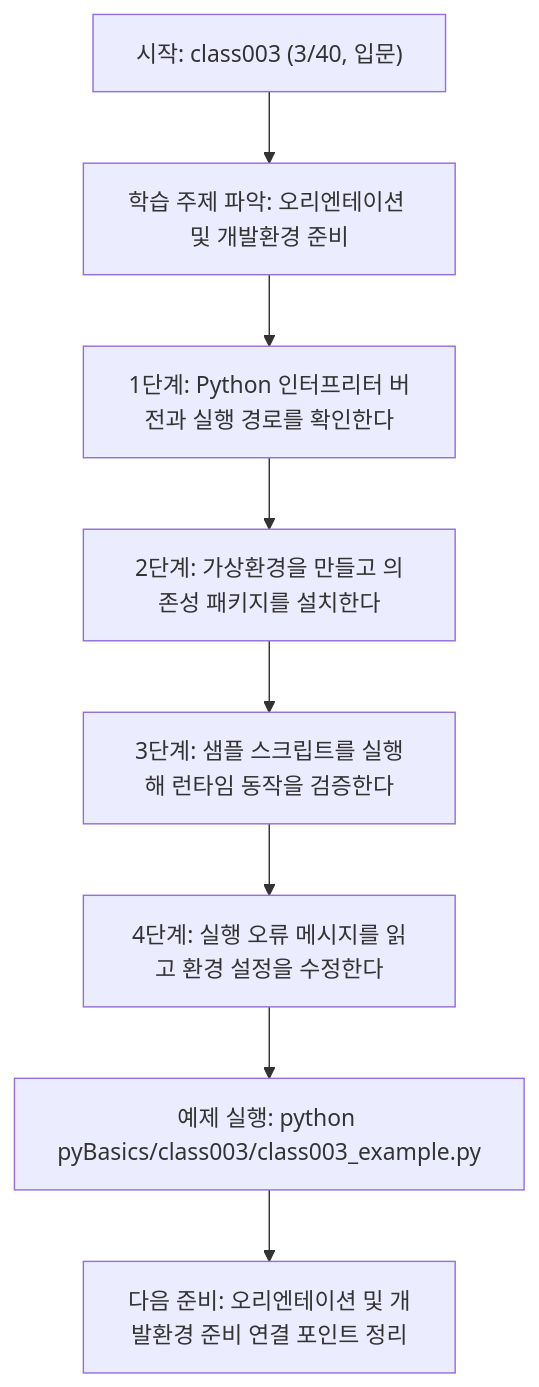
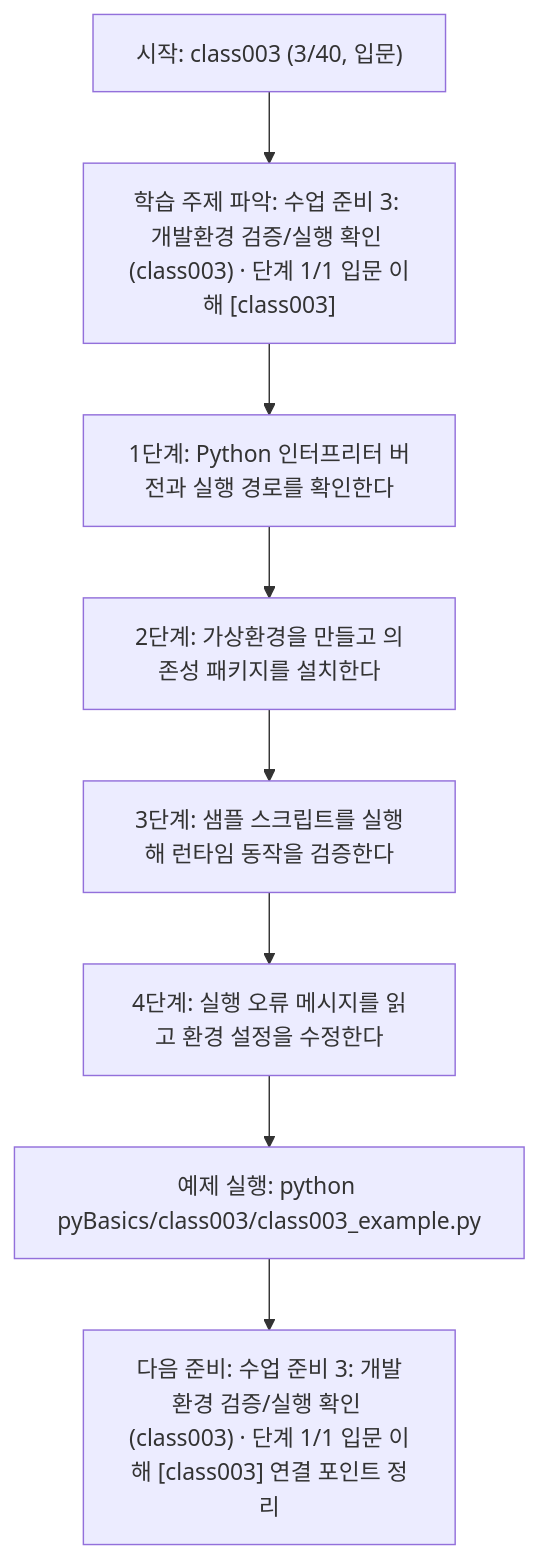
One commit to edumgt/Python-AI_Agent-Class changed the diagram in pyBasics/class003/class003.md. Above: the diagram before and after it, drawn with Mermaid. The commit also changed other lines of this file and 522 other files, not shown here.

````diff
--- a/pyBasics/class003/class003.md
+++ b/pyBasics/class003/class003.md
@@ -109,18 +110,18 @@
 ```mermaid
 flowchart TD
 N1["시작: class003 (3/40, 입문)"]
-N2["학습 주제 파악: 오리엔테이션 및 개발환경 준비"]
+N2["학습 주제 파악: 수업 준비 3: 개발환경 검증/실행 확인 (class003) · 단계 1/1 입문 이해 [class003]"]
 N3["1단계: Python 인터프리터 버전과 실행 경로를 확인한다"]
 N4["2단계: 가상환경을 만들고 의존성 패키지를 설치한다"]
 N5["3단계: 샘플 스크립트를 실행해 런타임 동작을 검증한다"]
 N6["4단계: 실행 오류 메시지를 읽고 환경 설정을 수정한다"]
 N7["예제 실행: python pyBasics/class003/class003_example.py"]
-N8["다음 준비: 오리엔테이션 및 개발환경 준비 연결 포인트 정리"]
+N8["다음 준비: 수업 준비 3: 개발환경 검증/실행 확인 (class003) · 단계 1/1 입문 이해 [class003] 연결 포인트 정리"]
 N1 --> N2
 N2 --> N3
 N3 --> N4
 N4 --> N5
 N5 --> N6
 N6 --> N7
 N7 --> N8
 ```
````
